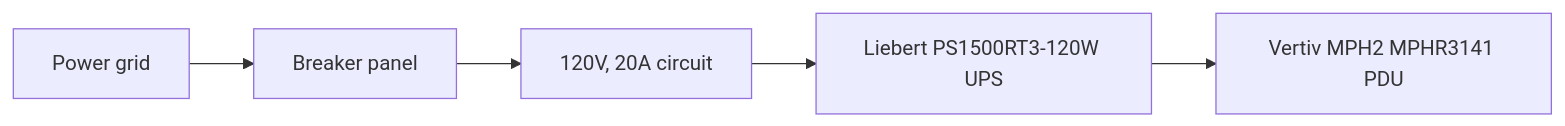
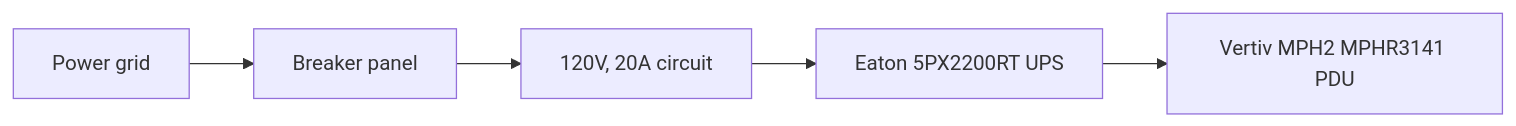
One commit to solidDoWant/infra-mk3 changed the first of 3 diagrams in README.md. Above: the diagram before and after it, drawn with Mermaid. The commit also changed other lines of this file and 5 other files, not shown here.

````diff
--- a/README.md
+++ b/README.md
@@ -56,9 +56,9 @@
 ```mermaid
 flowchart LR
   power[Power grid]
   breaker[Breaker panel]
   circuit[120V, 20A circuit]
-  UPS[Liebert PS1500RT3-120W UPS]
+  UPS[Eaton 5PX2200RT UPS]
   PDU[Vertiv MPH2 MPHR3141 PDU]
   power --> breaker --> circuit --> UPS --> PDU
 ```
````
